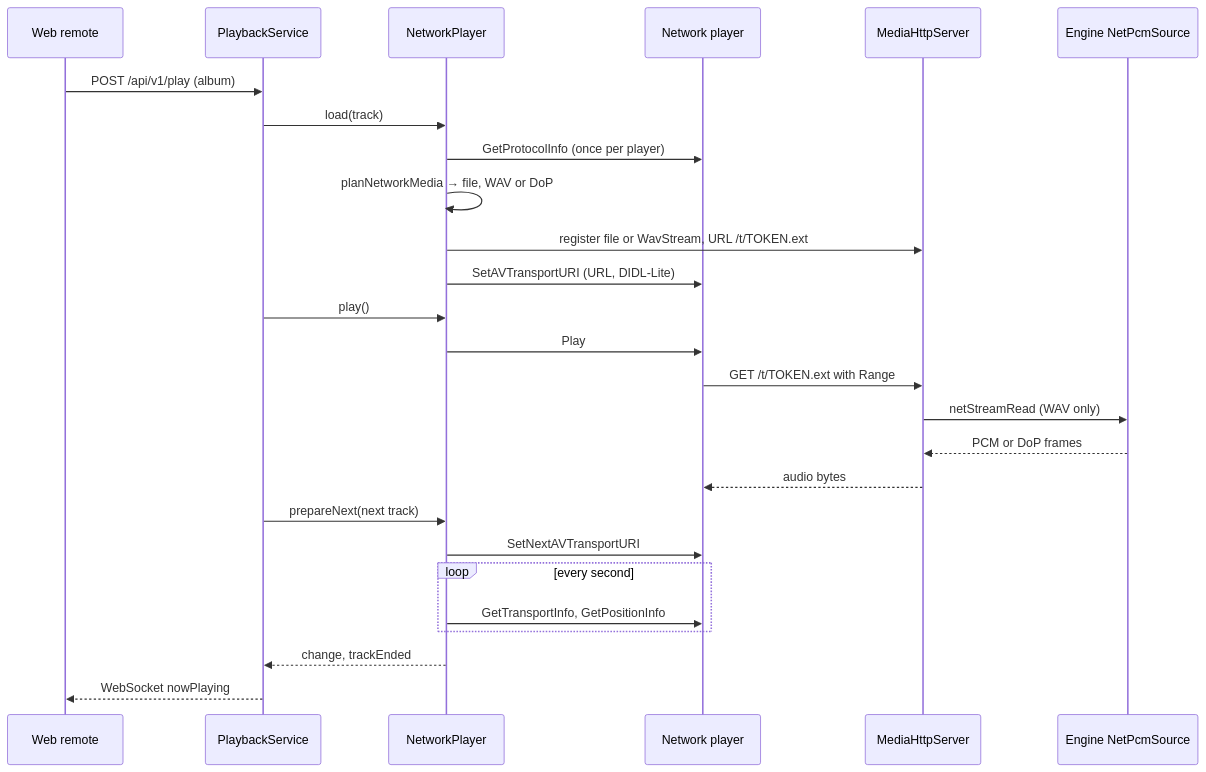
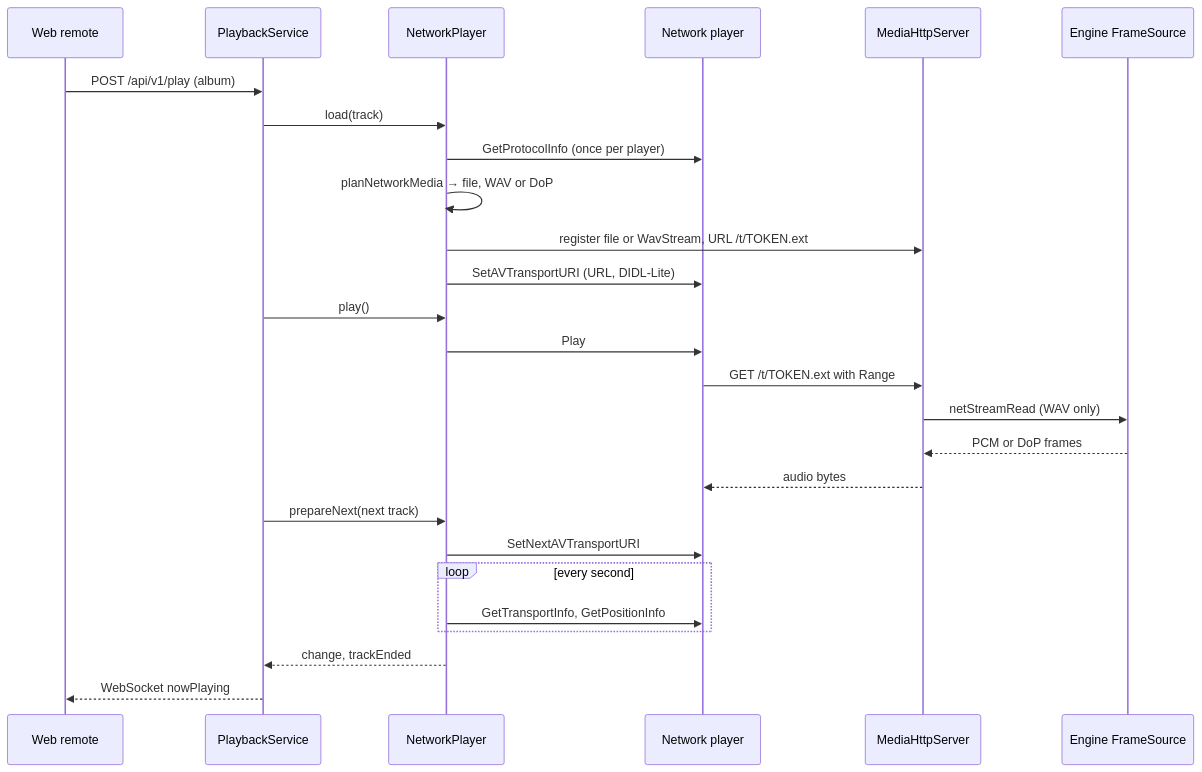
The second of 2 diagrams in docs/ARCHITECTURE.md (petergerov/audio-harbor-headless), drawn with Mermaid before and after one commit. The commit also changed other lines of this file and 18 other files, not shown here.

First line of the commit message:
Close architecture gaps: FrameSource playback, shuffle, rescan, DST DFF, DLNA.

````diff
--- a/docs/ARCHITECTURE.md
+++ b/docs/ARCHITECTURE.md
@@ -193,28 +195,28 @@
 ```mermaid
 sequenceDiagram
   participant W as Web remote
   participant P as PlaybackService
   participant N as NetworkPlayer
   participant R as Network player
   participant M as MediaHttpServer
-  participant E as Engine NetPcmSource
+  participant E as Engine FrameSource
   W->>P: POST /api/v1/play (album)
   P->>N: load(track)
   N->>R: GetProtocolInfo (once per player)
   N->>N: planNetworkMedia → file, WAV or DoP
   N->>M: register file or WavStream, URL /t/TOKEN.ext
   N->>R: SetAVTransportURI (URL, DIDL-Lite)
   P->>N: play()
   N->>R: Play
   R->>M: GET /t/TOKEN.ext with Range
   M->>E: netStreamRead (WAV only)
   E-->>M: PCM or DoP frames
   M-->>R: audio bytes
   P->>N: prepareNext(next track)
   N->>R: SetNextAVTransportURI
   loop every second
     N->>R: GetTransportInfo, GetPositionInfo
   end
   N-->>P: change, trackEnded
   P-->>W: WebSocket nowPlaying
 ```
````
